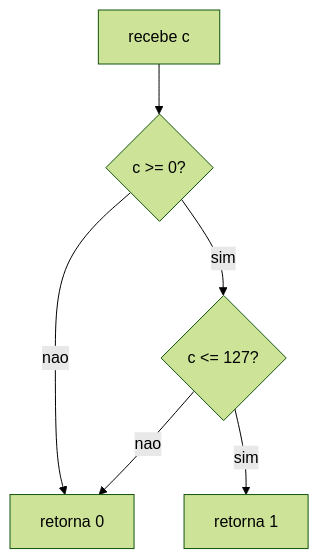
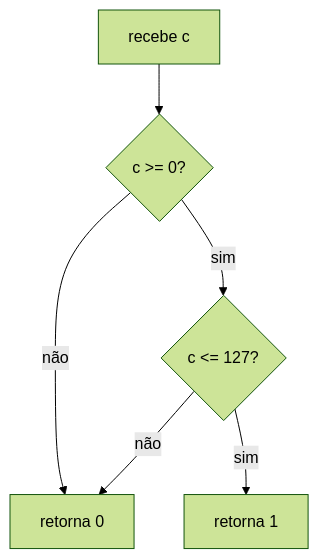
One commit to ahy-git/docs changed the fifth of 43 diagrams in 1-libft/Readme.md. Above: the diagram before and after it, drawn with Mermaid (forest theme). The commit also changed other lines of this file and 1 other file, not shown here.

````diff
--- a/1-libft/Readme.md
+++ b/1-libft/Readme.md
@@ -544,8 +544,8 @@
 ```mermaid
 flowchart TD
-	A[recebe c] --> B{c >= 0?}
-	B -- nao --> C[retorna 0]
-	B -- sim --> D{c <= 127?}
-	D -- sim --> E[retorna 1]
-	D -- nao --> C
+	A["recebe c"] --> B{"c >= 0?"}
+	B -- não --> C["retorna 0"]
+	B -- sim --> D{"c <= 127?"}
+	D -- sim --> E["retorna 1"]
+	D -- não --> C
 ```
````
